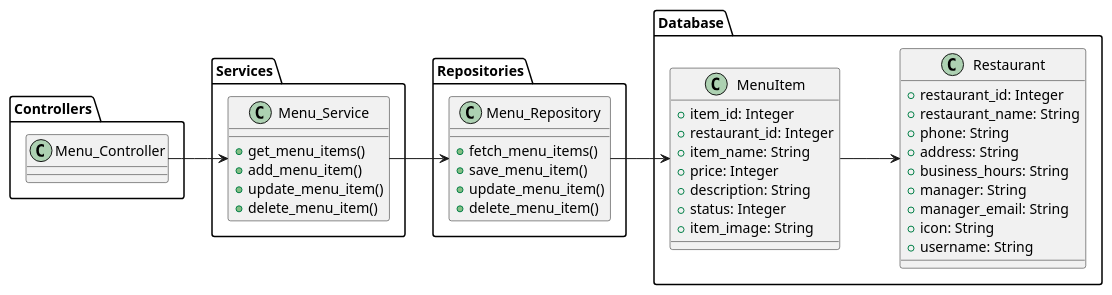
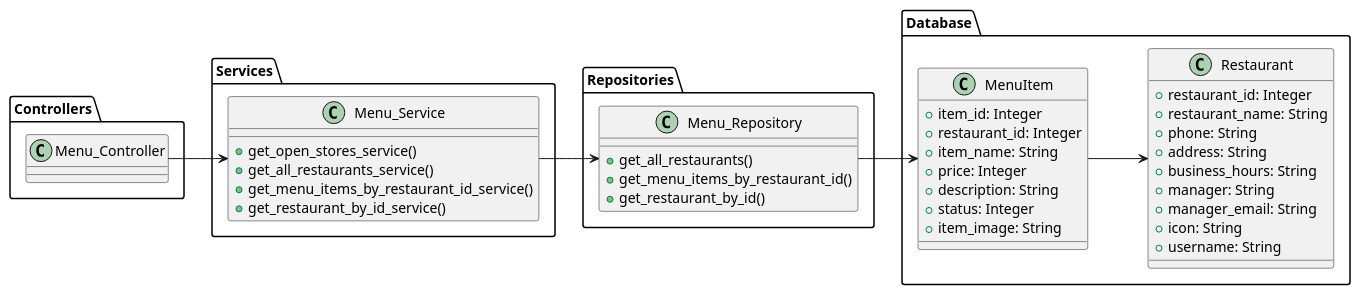
One commit to kevin0629/NCU_Campus_Eats_Demo changed the diagram in diagram/menu_class_diagram.puml. Above: the diagram before and after it, drawn with PlantUML. The commit also changed 17 other files, not shown here.

```diff
--- a/diagram/menu_class_diagram.puml
+++ b/diagram/menu_class_diagram.puml
@@ -2,54 +2,53 @@
 @startuml Menu_Module
 left to right direction
 
 package "Controllers" {
     class Menu_Controller
 }
 
 package "Services" {
     class Menu_Service {
-        +get_menu_items()
-        +add_menu_item()
-        +update_menu_item()
-        +delete_menu_item()
+        +get_open_stores_service()
+        +get_all_restaurants_service()
+        +get_menu_items_by_restaurant_id_service()
+        +get_restaurant_by_id_service()
     }
 }
 
 package "Repositories" {
     class Menu_Repository {
-        +fetch_menu_items()
-        +save_menu_item()
-        +update_menu_item()
-        +delete_menu_item()
+        +get_all_restaurants()
+        +get_menu_items_by_restaurant_id()
+        +get_restaurant_by_id()
     }
 }
 
 package "Database" {
     class MenuItem {
         +item_id: Integer
         +restaurant_id: Integer
         +item_name: String
         +price: Integer
         +description: String
         +status: Integer
         +item_image: String
     }
     class Restaurant {
         +restaurant_id: Integer
         +restaurant_name: String
         +phone: String
         +address: String
         +business_hours: String
         +manager: String
         +manager_email: String
         +icon: String
         +username: String
     }
 }
 
 Menu_Controller --> Menu_Service
 Menu_Service --> Menu_Repository
 Menu_Repository --> MenuItem
 MenuItem --> Restaurant
 
 @enduml
```
